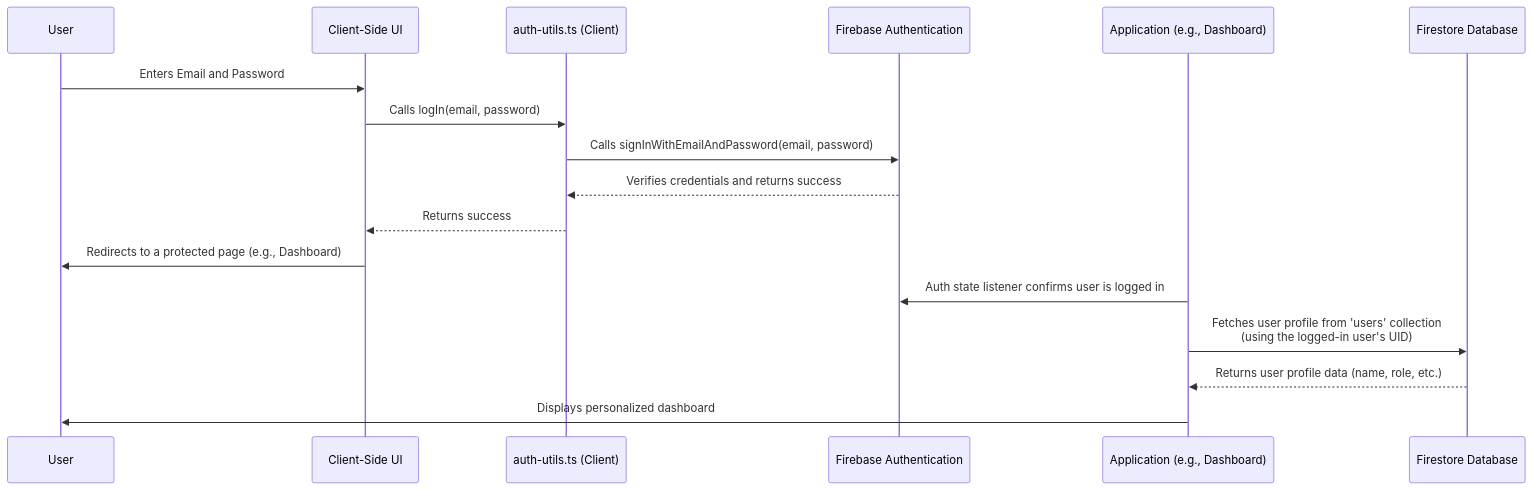
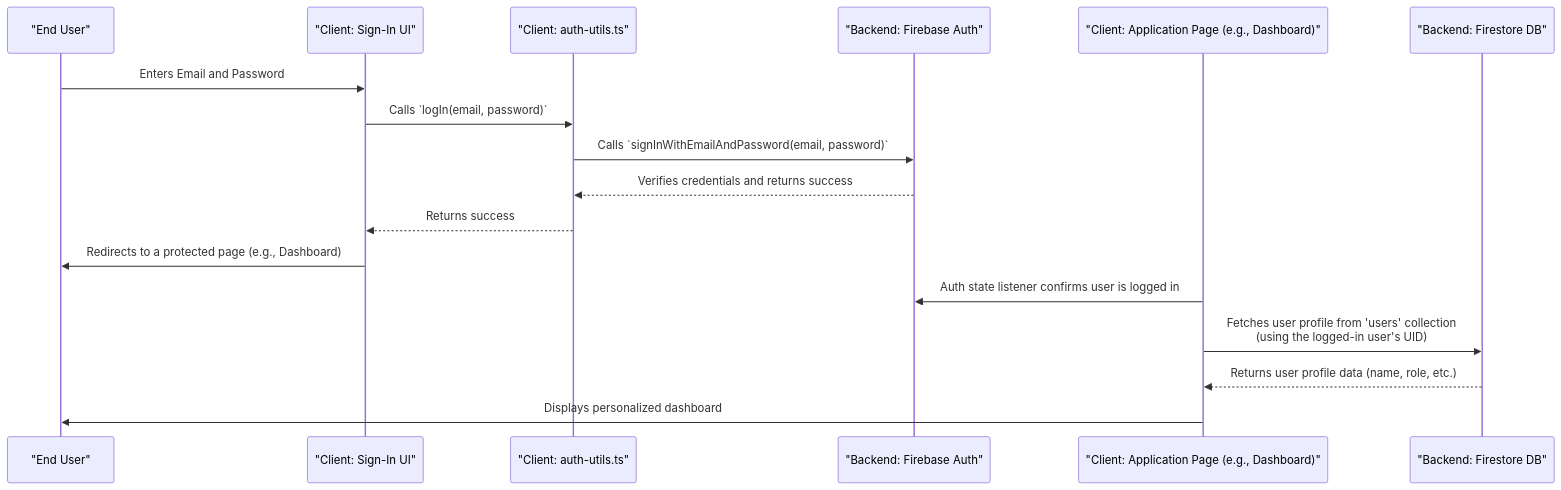
One commit to DamDoh/local_damdoh changed the second of 2 diagrams in docs/auth-flow-diagram.md. Above: the diagram before and after it, drawn with Mermaid. The commit also changed other lines of this file, not shown here.

Commit message:
Yes, I found it but it displays the diagram in description. So can you g

````diff
--- a/docs/auth-flow-diagram.md
+++ b/docs/auth-flow-diagram.md
@@ -41,21 +41,21 @@
 ```mermaid
 sequenceDiagram
-    participant User
-    participant SignInPage as Client-Side UI
-    participant AuthUtils as auth-utils.ts (Client)
-    participant FirebaseAuth as Firebase Authentication
-    participant App as Application (e.g., Dashboard)
-    participant FirestoreDB as Firestore Database
+    participant User as "End User"
+    participant SignInPage as "Client: Sign-In UI"
+    participant AuthUtils as "Client: auth-utils.ts"
+    participant FirebaseAuth as "Backend: Firebase Auth"
+    participant App as "Client: Application Page (e.g., Dashboard)"
+    participant FirestoreDB as "Backend: Firestore DB"
 
     User->>SignInPage: Enters Email and Password
-    SignInPage->>AuthUtils: Calls logIn(email, password)
-    AuthUtils->>FirebaseAuth: Calls signInWithEmailAndPassword(email, password)
+    SignInPage->>AuthUtils: Calls `logIn(email, password)`
+    AuthUtils->>FirebaseAuth: Calls `signInWithEmailAndPassword(email, password)`
     FirebaseAuth-->>AuthUtils: Verifies credentials and returns success
     AuthUtils-->>SignInPage: Returns success
     SignInPage->>User: Redirects to a protected page (e.g., Dashboard)
 
     App->>FirebaseAuth: Auth state listener confirms user is logged in
     App->>FirestoreDB: Fetches user profile from 'users' collection <br/>(using the logged-in user's UID)
     FirestoreDB-->>App: Returns user profile data (name, role, etc.)
     App->>User: Displays personalized dashboard
 ```
````
